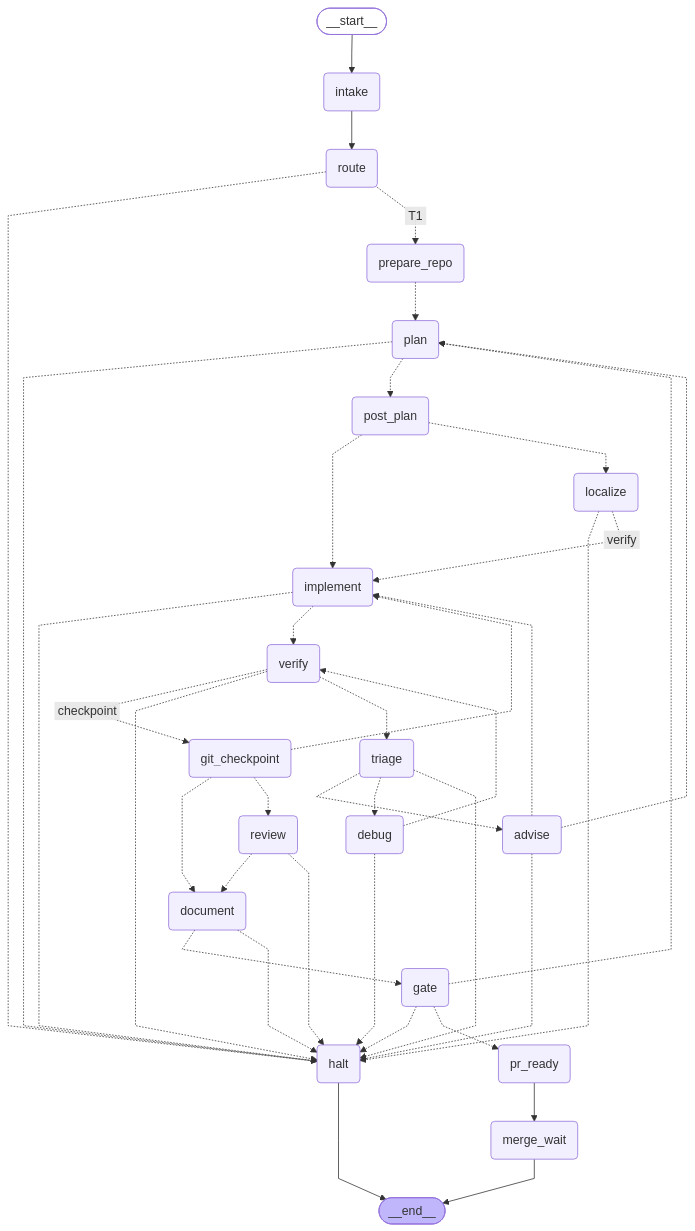
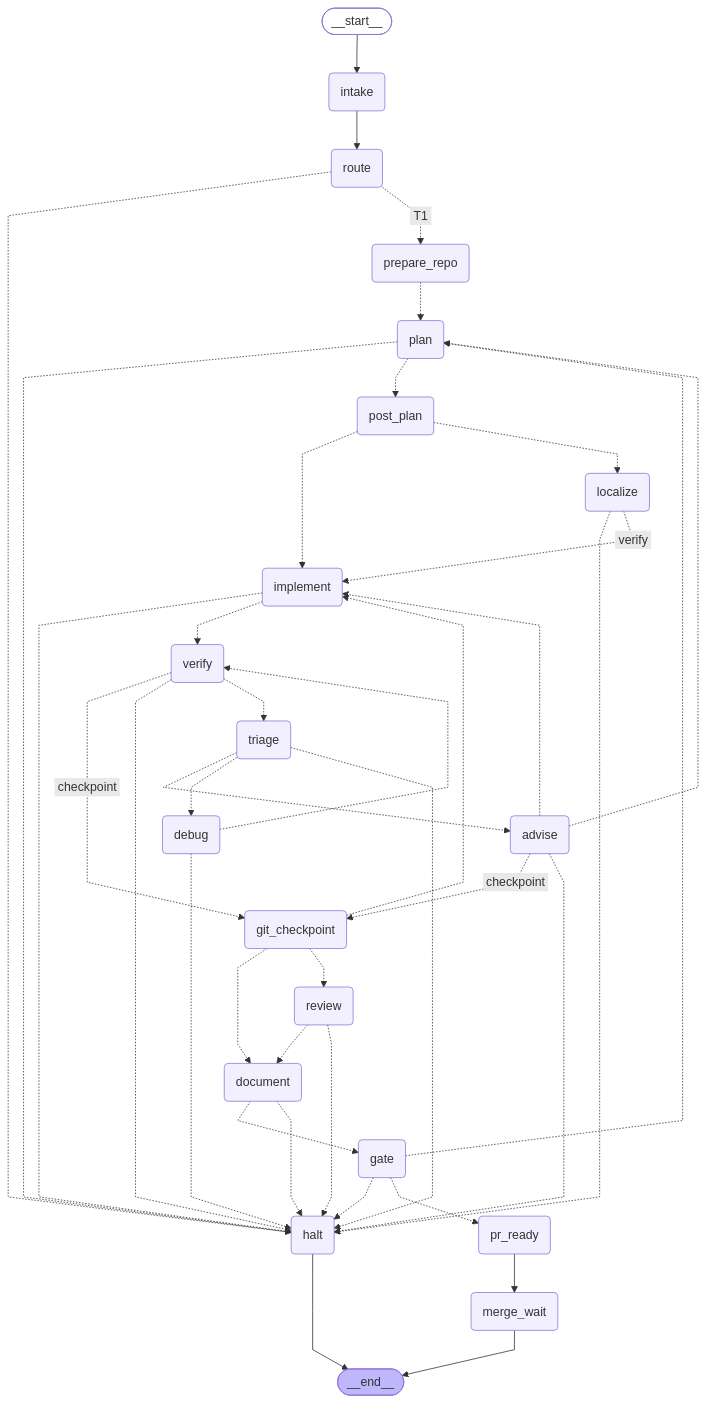
Before and after one commit to NewMe505/SCIO: the fifth of 8 diagrams in docs/ARCHITECTURE.md, drawn with Mermaid. The commit also changed other lines of this file and 35 other files, not shown here.

First line of the commit message:
feat(graph): advisor reviews a passing high-impact diff before commit (ADR 0008); t010 (#37)

````diff
--- a/docs/ARCHITECTURE.md
+++ b/docs/ARCHITECTURE.md
@@ -141,68 +141,69 @@
 ```mermaid
 ---
 config:
   flowchart:
     curve: linear
 ---
 graph TD;
 	__start__([<p>__start__</p>]):::first
 	intake(intake)
 	route(route)
 	prepare_repo(prepare_repo)
 	verify(verify)
 	git_checkpoint(git_checkpoint)
 	document(document)
 	gate(gate)
 	pr_ready(pr_ready)
 	merge_wait(merge_wait)
 	halt(halt)
 	plan(plan)
 	post_plan(post_plan)
 	implement(implement)
 	debug(debug)
 	advise(advise)
 	review(review)
 	localize(localize)
 	triage(triage)
 	__end__([<p>__end__</p>]):::last
 	__start__ --> intake;
+	advise -. &nbsp;checkpoint&nbsp; .-> git_checkpoint;
 	advise -.-> halt;
 	advise -.-> implement;
 	advise -.-> plan;
 	debug -.-> halt;
 	debug -.-> verify;
 	document -.-> gate;
 	document -.-> halt;
 	gate -.-> halt;
 	gate -.-> plan;
 	gate -.-> pr_ready;
 	git_checkpoint -.-> document;
 	git_checkpoint -.-> implement;
 	git_checkpoint -.-> review;
 	implement -.-> halt;
 	implement -.-> verify;
 	intake --> route;
 	localize -.-> halt;
 	localize -. &nbsp;verify&nbsp; .-> implement;
 	plan -.-> halt;
 	plan -.-> post_plan;
 	post_plan -.-> implement;
 	post_plan -.-> localize;
 	pr_ready --> merge_wait;
 	prepare_repo -.-> plan;
 	review -.-> document;
 	review -.-> halt;
 	route -.-> halt;
 	route -. &nbsp;T1&nbsp; .-> prepare_repo;
 	triage -.-> advise;
 	triage -.-> debug;
 	triage -.-> halt;
 	verify -. &nbsp;checkpoint&nbsp; .-> git_checkpoint;
 	verify -.-> halt;
 	verify -.-> triage;
 	halt --> __end__;
 	merge_wait --> __end__;
 	classDef default fill:#f2f0ff,line-height:1.2
 	classDef first fill-opacity:0
 	classDef last fill:#bfb6fc
 ```
````
